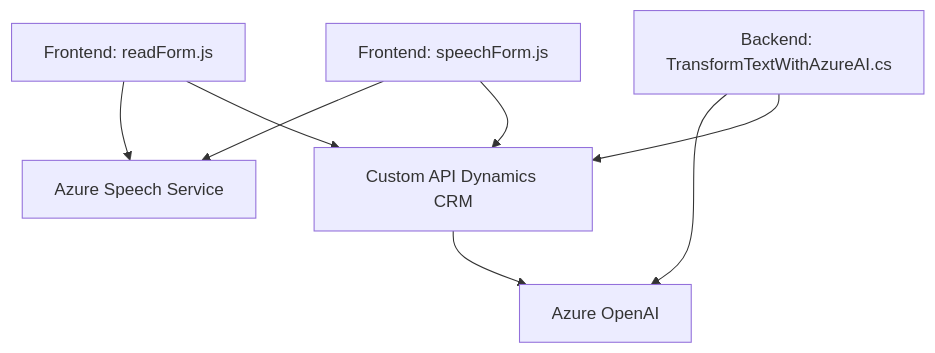
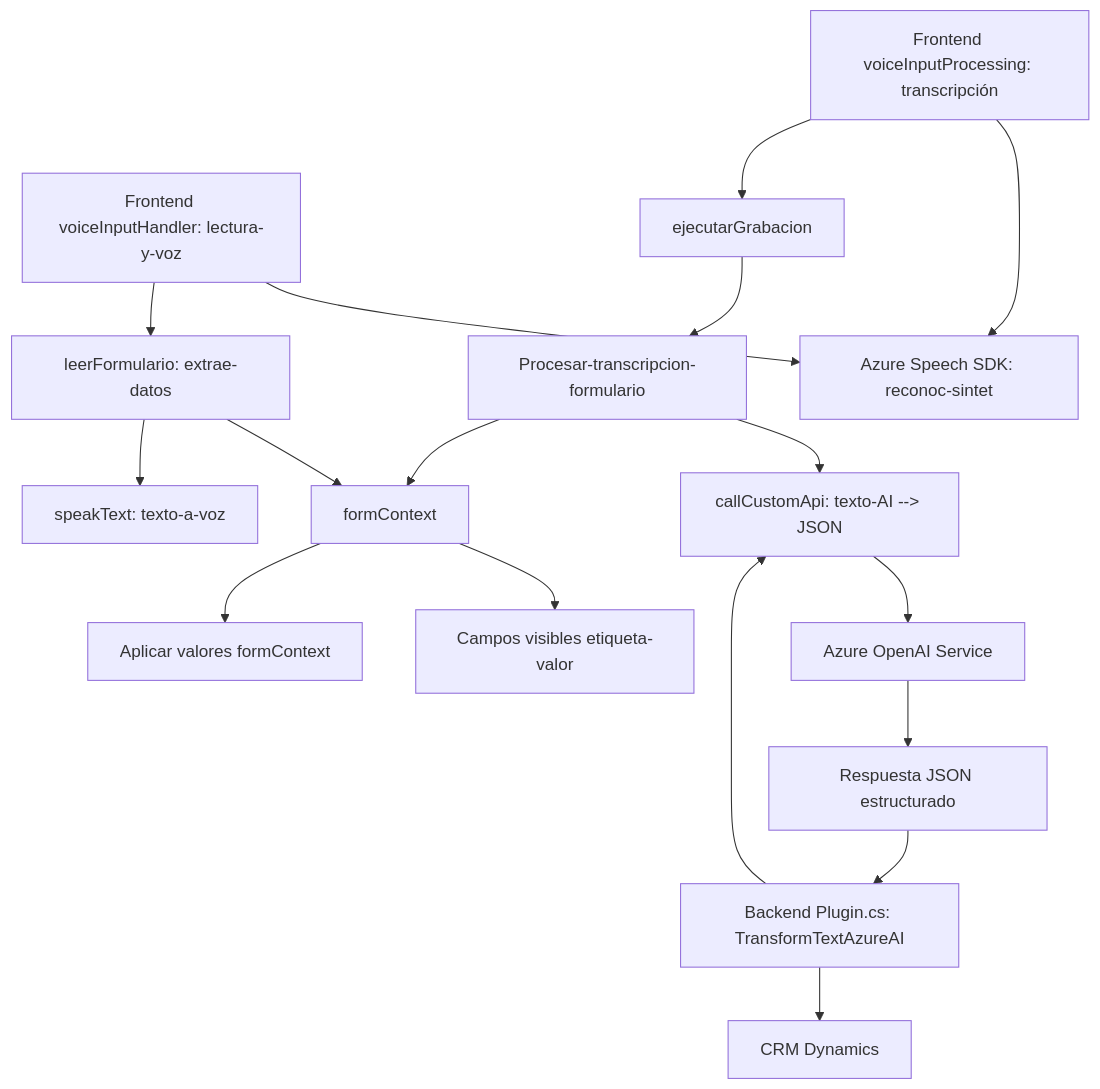
Before and after one commit to blopezdm/NETCORE_BILBAO2025: the diagram in README.md, drawn with Mermaid. The commit also changed other lines of this file, not shown here.

````diff
--- a/README.md
+++ b/README.md
@@ -44,17 +63,21 @@
 ```mermaid
 graph TD
-    A["Frontend: readForm.js"]
-    B["Frontend: speechForm.js"]
-    C["Backend: TransformTextWithAzureAI.cs"]
-    D["Azure Speech Service"]
-    E["Custom API Dynamics CRM"]
-    F["Azure OpenAI"]
+    A["Frontend voiceInputHandler: lectura-y-voz"] --> B["Azure Speech SDK: reconoc-sintet"]
+    A --> C["leerFormulario: extrae-datos"]
+    C --> D["formContext"]
+    D --> E["Campos visibles etiqueta-valor"]
+    C --> F["speakText: texto-a-voz"]
 
-    A --> D
-    B --> D
-    A --> E
-    B --> E
-    C --> F
-    C --> E
-    E --> F
+    G["Frontend voiceInputProcessing: transcripción"] --> B
+    G --> H["ejecutarGrabacion"]
+    H --> I["Procesar-transcripcion-formulario"]
+    I --> J["callCustomApi: texto-AI --> JSON"]
+    I --> D
+    D --> K["Aplicar valores formContext"]
+
+    L["Backend Plugin.cs: TransformTextAzureAI"] --> M["CRM Dynamics"]
+    L --> J
+    J --> N["Azure OpenAI Service"]
+    N --> O["Respuesta JSON estructurado"]
+    O --> L
 ```
````
